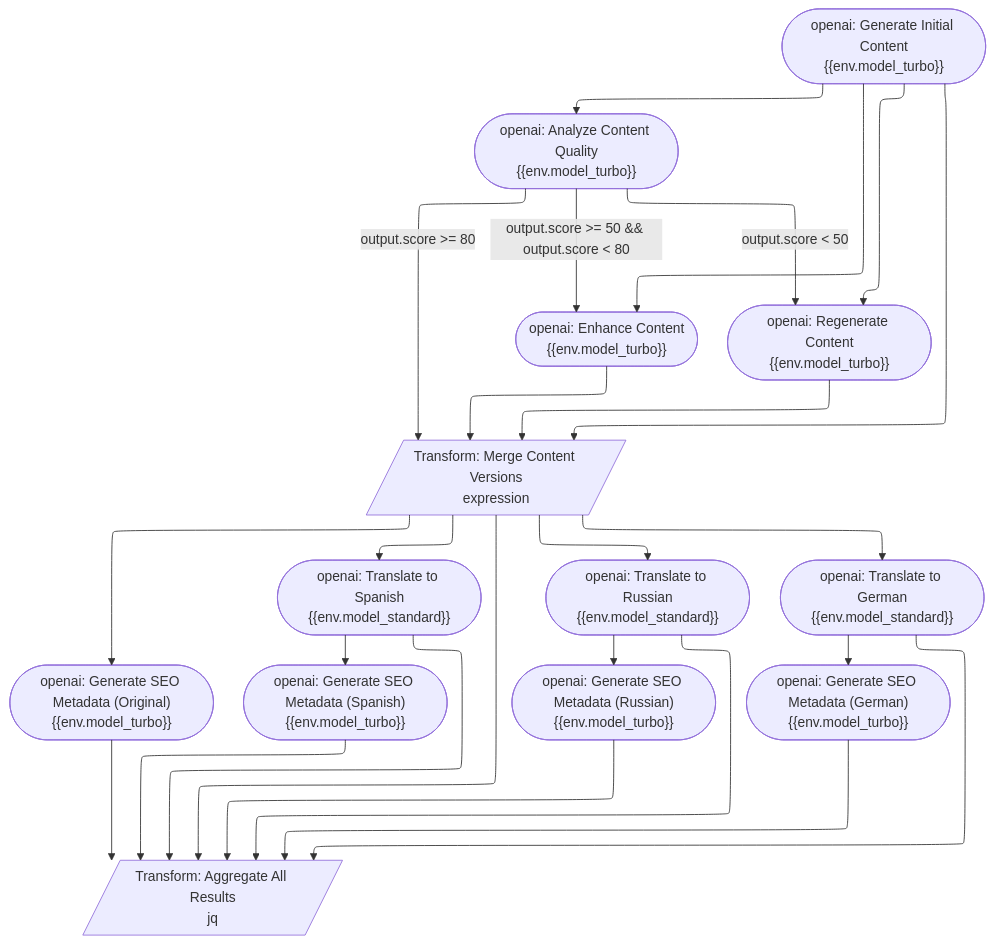
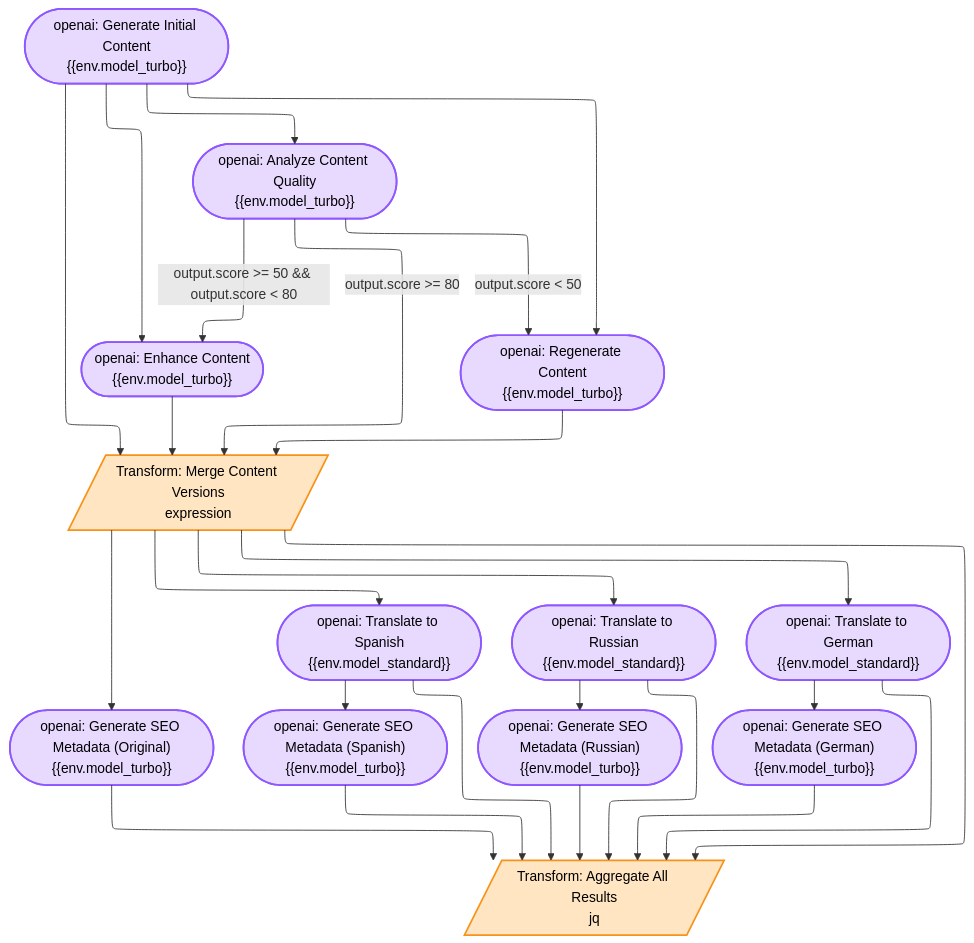
The diagram in backend/examples/content_generation/README.md (smilemakc/mbflow), drawn with Mermaid before and after one commit. The commit also changed other lines of this file and 13 other files, not shown here.

Commit message:
Add CLI example for workflow visualization alongside Mermaid and ASCII representations. Introduce ELK layout support for complex workflows, enhanced color styling, and improved node classification. Include corresponding tests, updated examples, and detailed README documentation.

````diff
--- a/backend/examples/content_generation/README.md
+++ b/backend/examples/content_generation/README.md
@@ -55,21 +22,45 @@
 ```mermaid
 ---
 config:
   layout: elk
 ---
 flowchart TB
-    generate(["openai: Generate Initial Content<br>{{env.model_turbo}}"]) --> analyze(["openai: Analyze Content Quality<br>{{env.model_turbo}}"]) & merge[/"Transform: Merge Content Versions<br>expression"/] & enhance(["openai: Enhance Content<br>{{env.model_turbo}}"]) & regenerate(["openai: Regenerate Content<br>{{env.model_turbo}}"])
-    analyze -- "output.score >= 80" --> merge
-    analyze -- "output.score &gt;= 50 &amp;&amp; output.score &lt; 80" --> enhance
-    analyze -- "output.score &lt; 50" --> regenerate
-    enhance --> merge
+    generate(["openai: Generate Initial Content<br/>{{env.model_turbo}}"])
+    analyze(["openai: Analyze Content Quality<br/>{{env.model_turbo}}"])
+    enhance(["openai: Enhance Content<br/>{{env.model_turbo}}"])
+    regenerate(["openai: Regenerate Content<br/>{{env.model_turbo}}"])
+    merge[/"Transform: Merge Content Versions<br/>expression"/]
+    trans_es(["openai: Translate to Spanish<br/>{{env.model_standard}}"])
+    trans_ru(["openai: Translate to Russian<br/>{{env.model_standard}}"])
+    trans_de(["openai: Translate to German<br/>{{env.model_standard}}"])
+    seo_original(["openai: Generate SEO Metadata (Original)<br/>{{env.model_turbo}}"])
+    seo_es(["openai: Generate SEO Metadata (Spanish)<br/>{{env.model_turbo}}"])
+    seo_ru(["openai: Generate SEO Metadata (Russian)<br/>{{env.model_turbo}}"])
+    seo_de(["openai: Generate SEO Metadata (German)<br/>{{env.model_turbo}}"])
+    aggregate[/"Transform: Aggregate All Results<br/>jq"/]
+
+    trans_es --> seo_es & aggregate
+    trans_ru --> seo_ru & aggregate
+    trans_de --> seo_de & aggregate
+    generate --> analyze & merge & enhance & regenerate
     regenerate --> merge
-    merge --> trans_es(["openai: Translate to Spanish<br>{{env.model_standard}}"]) & trans_ru(["openai: Translate to Russian<br>{{env.model_standard}}"]) & trans_de(["openai: Translate to German<br>{{env.model_standard}}"]) & seo_original(["openai: Generate SEO Metadata (Original)<br>{{env.model_turbo}}"]) & aggregate[/"Transform: Aggregate All Results<br>jq"/]
-    trans_es --> seo_es(["openai: Generate SEO Metadata (Spanish)<br>{{env.model_turbo}}"]) & aggregate
-    trans_ru --> seo_ru(["openai: Generate SEO Metadata (Russian)<br>{{env.model_turbo}}"]) & aggregate
-    trans_de --> seo_de(["openai: Generate SEO Metadata (German)<br>{{env.model_turbo}}"]) & aggregate
+    merge --> trans_es & trans_ru & trans_de & seo_original & aggregate
     seo_original --> aggregate
     seo_es --> aggregate
     seo_ru --> aggregate
     seo_de --> aggregate
+    analyze -- "output.score &gt;= 80" --> merge
+    analyze -- "output.score &gt;= 50 &amp;&amp; output.score &lt; 80" --> enhance
+    analyze -- "output.score &lt; 50" --> regenerate
+    enhance --> merge
+
+%% Node type styles
+    classDef httpNode fill:#D0E6FF,stroke:#1A73E8,stroke-width:2px,color:#000
+    classDef llmNode fill:#E8D9FF,stroke:#8E57FF,stroke-width:2px,color:#000
+    classDef transformNode fill:#FFE5C2,stroke:#F7931A,stroke-width:2px,color:#000
+    classDef conditionalNode fill:#DFF7E3,stroke:#34A853,stroke-width:2px,color:#000
+    classDef mergeNode fill:#FFD9E6,stroke:#EA4C89,stroke-width:2px,color:#000
+
+    class merge,aggregate transformNode
+    class generate,analyze,enhance,regenerate,trans_es,trans_ru,trans_de,seo_original,seo_es,seo_ru,seo_de llmNode
 ```
````
